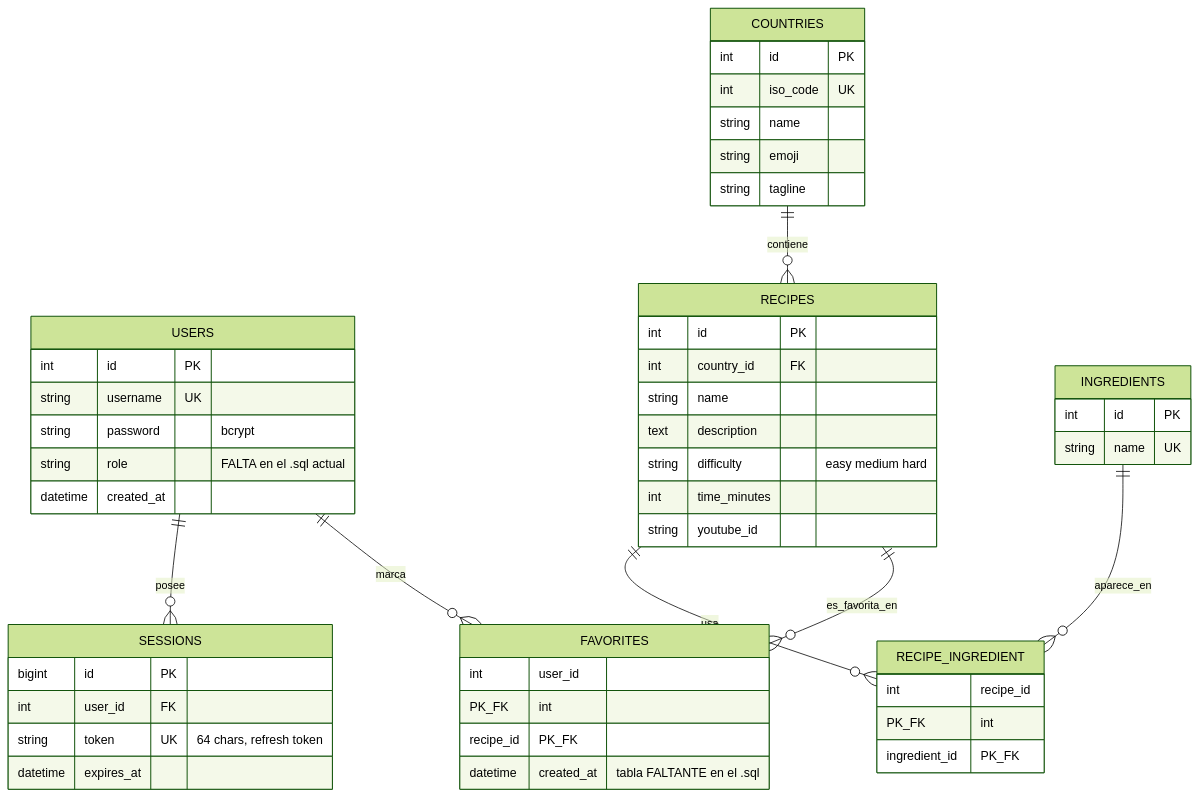
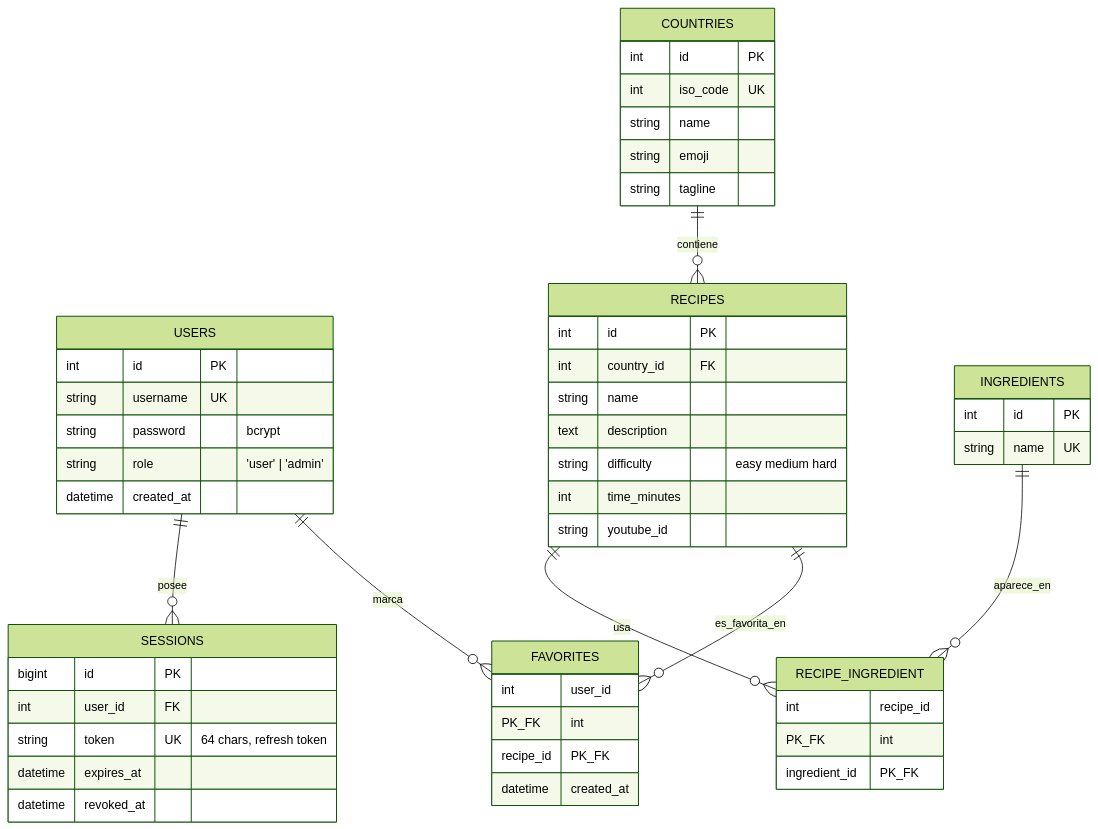
One commit to bluesans/sabores-latinoamerica changed the second of 3 diagrams in documentacion-tecnica-sabores-latinoamerica.md. Above: the diagram before and after it, drawn with Mermaid (forest theme). The commit also changed other lines of this file and 1 other file, not shown here.

````diff
--- a/documentacion-tecnica-sabores-latinoamerica.md
+++ b/documentacion-tecnica-sabores-latinoamerica.md
@@ -136,52 +141,53 @@
 ```mermaid
 erDiagram
     USERS ||--o{ SESSIONS : posee
     USERS ||--o{ FAVORITES : marca
     COUNTRIES ||--o{ RECIPES : contiene
     RECIPES ||--o{ RECIPE_INGREDIENT : usa
     INGREDIENTS ||--o{ RECIPE_INGREDIENT : aparece_en
     RECIPES ||--o{ FAVORITES : es_favorita_en
 
     USERS {
         int id PK
         string username UK
         string password "bcrypt"
-        string role "FALTA en el .sql actual"
+        string role "'user' | 'admin'"
         datetime created_at
     }
     SESSIONS {
         bigint id PK
         int user_id FK
         string token UK "64 chars, refresh token"
         datetime expires_at
+        datetime revoked_at
     }
     COUNTRIES {
         int id PK
         int iso_code UK
         string name
         string emoji
         string tagline
     }
     RECIPES {
         int id PK
         int country_id FK
         string name
         text description
         string difficulty "easy medium hard"
         int time_minutes
         string youtube_id
     }
     INGREDIENTS {
         int id PK
         string name UK
     }
     RECIPE_INGREDIENT {
         int recipe_id PK_FK
         int ingredient_id PK_FK
     }
     FAVORITES {
         int user_id PK_FK
         int recipe_id PK_FK
-        datetime created_at "tabla FALTANTE en el .sql"
+        datetime created_at
     }
 ```
````
